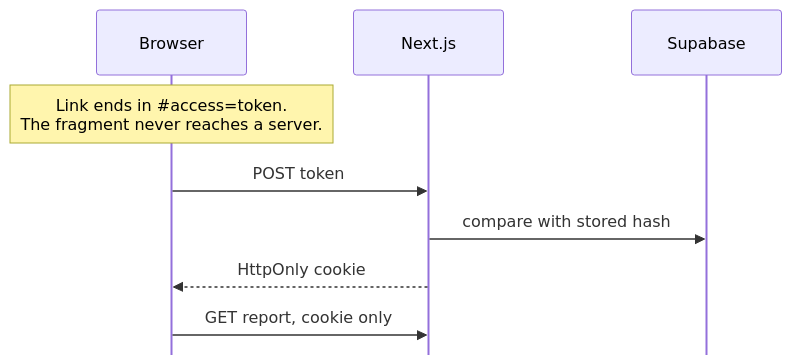
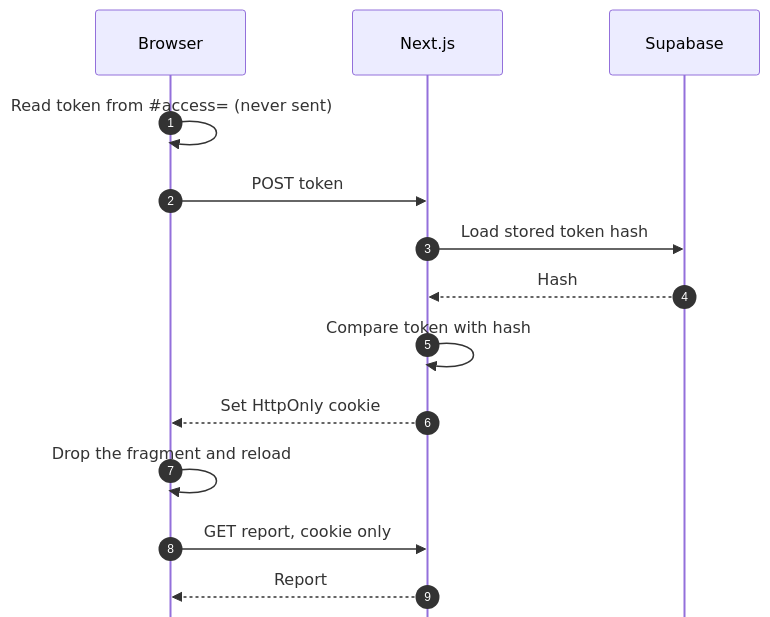
The first of 2 diagrams in docs/how-it-works.md (M4stas/Kontroll), drawn with Mermaid before and after one commit. The commit also changed other lines of this file and 3 other files, not shown here.

````diff
--- a/docs/how-it-works.md
+++ b/docs/how-it-works.md
@@ -18,12 +18,17 @@
 ```mermaid
 %%{init: {"sequence": {"mirrorActors": false}}}%%
 sequenceDiagram
+  autonumber
   participant B as Browser
   participant A as Next.js
   participant D as Supabase
-  Note over B: Link ends in #35;access=token.<br/>The fragment never reaches a server.
+  B->>B: Read token from #35;access= (never sent)
   B->>A: POST token
-  A->>D: compare with stored hash
-  A-->>B: HttpOnly cookie
+  A->>D: Load stored token hash
+  D-->>A: Hash
+  A->>A: Compare token with hash
+  A-->>B: Set HttpOnly cookie
+  B->>B: Drop the fragment and reload
   B->>A: GET report, cookie only
+  A-->>B: Report
 ```
````
